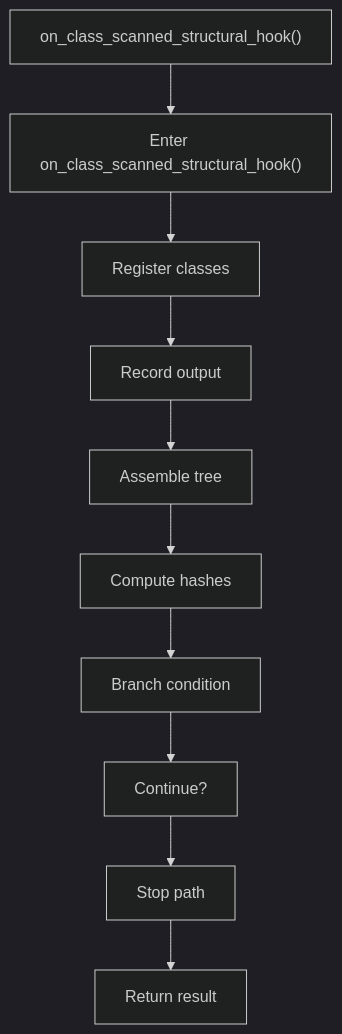
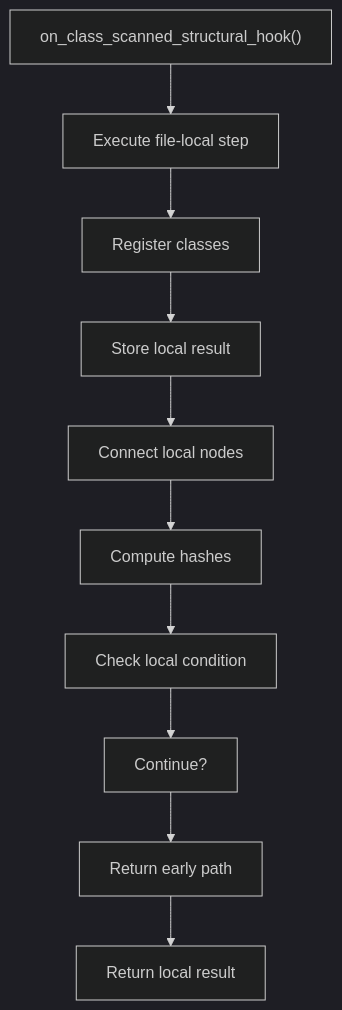
One commit to JohnAndrewBalbarosa/NeoTerritory changed the first of 2 diagrams in docs/Codebase/Microservice/Modules/Source/Analysis/Lexical/StructuralHooks/Flow/functions/on_class_scanned_structural_hook.cpp.md. Above: the diagram before and after it, drawn with Mermaid (dark theme). The commit also changed other lines of this file and 925 other files, not shown here.

````diff
--- a/docs/Codebase/Microservice/Modules/Source/Analysis/Lexical/StructuralHooks/Flow/functions/on_class_scanned_structural_hook.cpp.md
+++ b/docs/Codebase/Microservice/Modules/Source/Analysis/Lexical/StructuralHooks/Flow/functions/on_class_scanned_structural_hook.cpp.md
@@ -27,22 +27,22 @@
 ```mermaid
 flowchart TD
     N0["on_class_scanned_structural_hook()"]
-    N1["Enter on_class_scanned_structural_hook()"]
+    N1["Execute file-local step"]
     N2["Register classes"]
-    N3["Record output"]
-    N4["Assemble tree"]
+    N3["Store local result"]
+    N4["Connect local nodes"]
     N5["Compute hashes"]
-    N6["Branch condition"]
+    N6["Check local condition"]
     N7["Continue?"]
-    N8["Stop path"]
-    N9["Return result"]
+    N8["Return early path"]
+    N9["Return local result"]
     N0 --> N1
     N1 --> N2
     N2 --> N3
     N3 --> N4
     N4 --> N5
     N5 --> N6
     N6 --> N7
     N7 --> N8
     N8 --> N9
 ```
````
